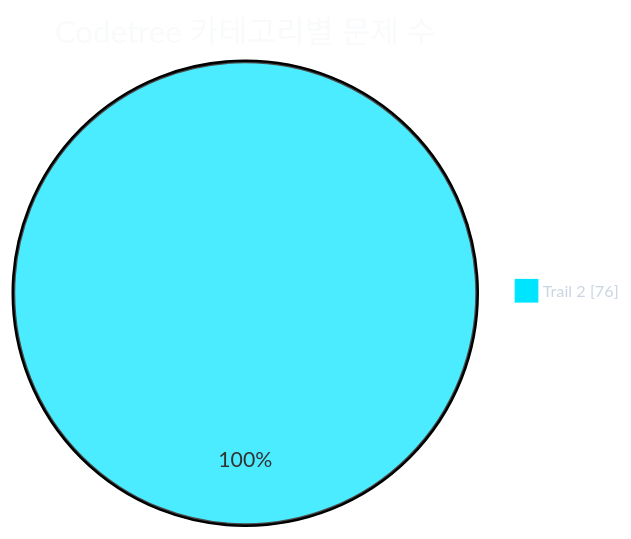
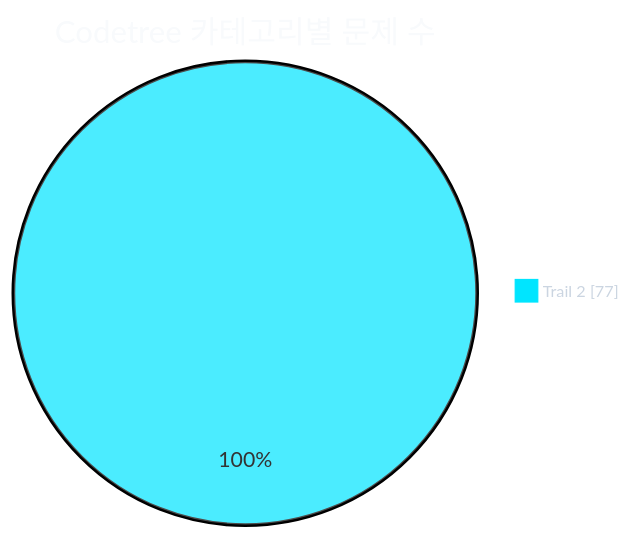
One commit to CHOOSLA/Algorithm changed the first of 2 diagrams in readme.md. Above: the diagram before and after it, drawn with Mermaid. The commit also changed other lines of this file and 2 other files, not shown here.

````diff
--- a/readme.md
+++ b/readme.md
@@ -31,21 +31,21 @@
 ```mermaid
 ---
 config:
   theme: base
   themeVariables:
     background: '#0d1117'
     pieTitleTextColor: '#f8fafc'
     pieLegendTextColor: '#cbd5e1'
     pieLegendTextSize: '13px'
     pie1: '#00e5ff'
     pie2: '#22c55e'
     pie3: '#f59e0b'
     pie4: '#a855f7'
     pie5: '#ec4899'
     pie6: '#3b82f6'
     pie7: '#64748b'
 ---
 pie showData
   title Codetree 카테고리별 문제 수
-  "Trail 2" : 76
+  "Trail 2" : 77
 ```
````
